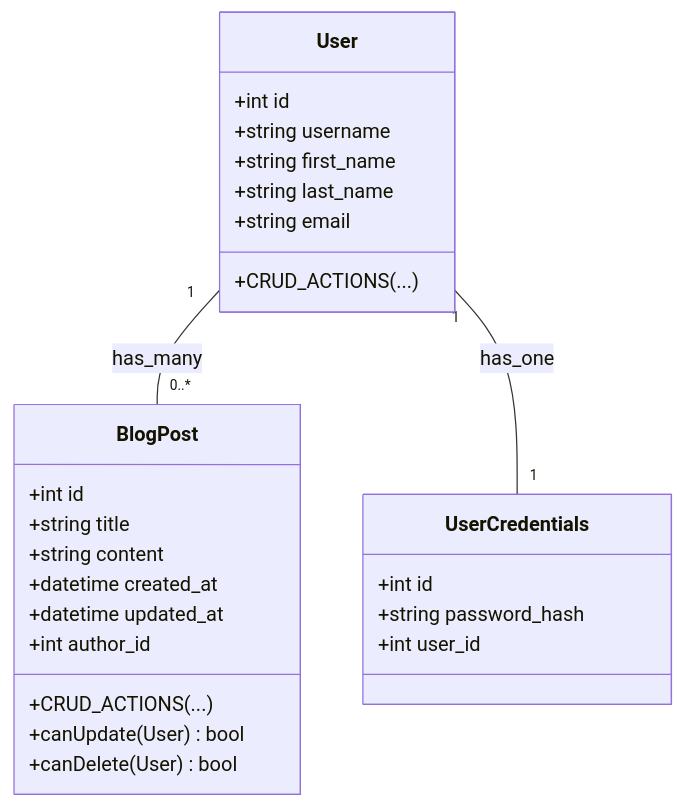
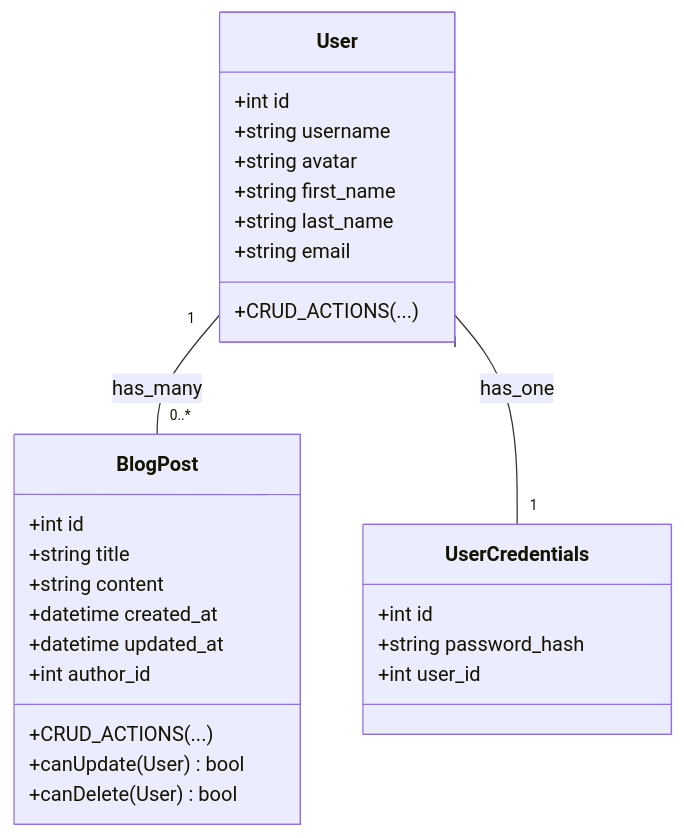
One commit to TheBranchDriftCatalyst/microblog changed the diagram in README.md. Above: the diagram before and after it, drawn with Mermaid. The commit also changed other lines of this file and 3 other files, not shown here.

````diff
--- a/README.md
+++ b/README.md
@@ -85,34 +87,35 @@
 ```mermaid
 classDiagram
     class User {
         +int id
         +string username
+        +string avatar
         +string first_name
         +string last_name
         +string email
         +CRUD_ACTIONS(...)
     }
 
     class BlogPost {
         +int id
         +string title
         +string content
         +datetime created_at
         +datetime updated_at
         +int author_id
         +CRUD_ACTIONS(...)
     }
 
     class UserCredentials {
         +int id
         +string password_hash
         +int user_id
     }
 
     User "1" -- "0..*" BlogPost: has_many
     User "1" -- "1" UserCredentials: has_one
 
     BlogPost : +canUpdate(User) bool
     BlogPost : +canDelete(User) bool
 
 ```
````
